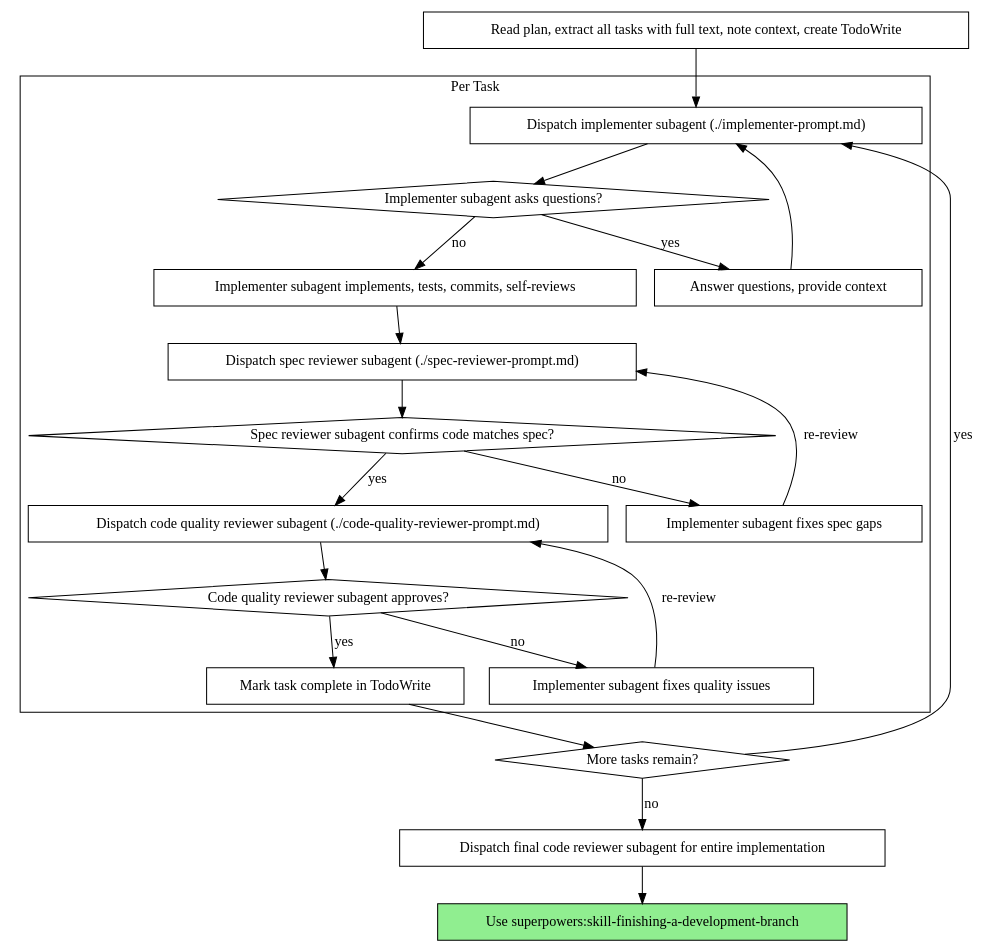
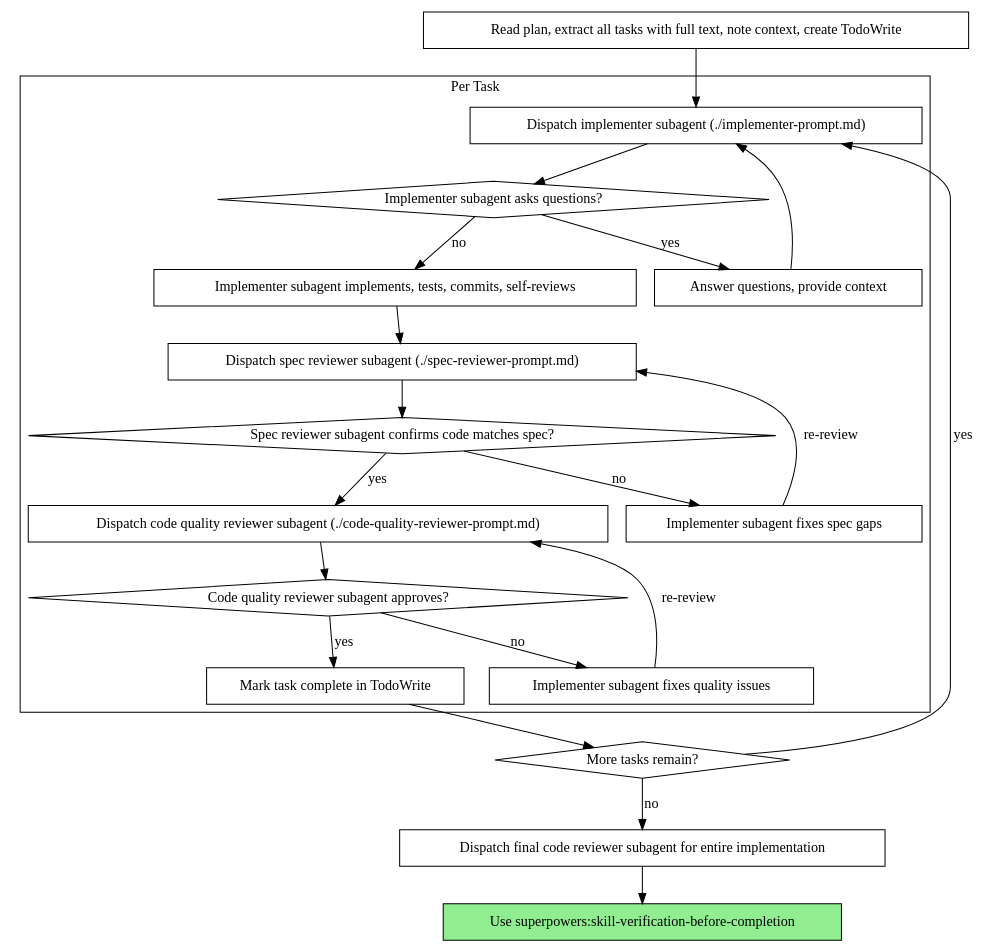
Before and after one commit to longdang193/project-OS-starter: the second of 2 diagrams in .agents/skills/skill-subagent-driven-development/SKILL.md, drawn with Graphviz. The commit also changed other lines of this file and 121 other files, not shown here.

Commit message:
Clean runtime skills and align starter architecture sync

````diff
--- a/.agents/skills/skill-subagent-driven-development/SKILL.md
+++ b/.agents/skills/skill-subagent-driven-development/SKILL.md
@@ -55,44 +55,44 @@
 ```dot
 digraph process {
     rankdir=TB;
 
     subgraph cluster_per_task {
         label="Per Task";
         "Dispatch implementer subagent (./implementer-prompt.md)" [shape=box];
         "Implementer subagent asks questions?" [shape=diamond];
         "Answer questions, provide context" [shape=box];
         "Implementer subagent implements, tests, commits, self-reviews" [shape=box];
         "Dispatch spec reviewer subagent (./spec-reviewer-prompt.md)" [shape=box];
         "Spec reviewer subagent confirms code matches spec?" [shape=diamond];
         "Implementer subagent fixes spec gaps" [shape=box];
         "Dispatch code quality reviewer subagent (./code-quality-reviewer-prompt.md)" [shape=box];
         "Code quality reviewer subagent approves?" [shape=diamond];
         "Implementer subagent fixes quality issues" [shape=box];
         "Mark task complete in TodoWrite" [shape=box];
     }
 
     "Read plan, extract all tasks with full text, note context, create TodoWrite" [shape=box];
     "More tasks remain?" [shape=diamond];
     "Dispatch final code reviewer subagent for entire implementation" [shape=box];
-    "Use superpowers:skill-finishing-a-development-branch" [shape=box style=filled fillcolor=lightgreen];
+    "Use superpowers:skill-verification-before-completion" [shape=box style=filled fillcolor=lightgreen];
 
     "Read plan, extract all tasks with full text, note context, create TodoWrite" -> "Dispatch implementer subagent (./implementer-prompt.md)";
     "Dispatch implementer subagent (./implementer-prompt.md)" -> "Implementer subagent asks questions?";
     "Implementer subagent asks questions?" -> "Answer questions, provide context" [label="yes"];
     "Answer questions, provide context" -> "Dispatch implementer subagent (./implementer-prompt.md)";
     "Implementer subagent asks questions?" -> "Implementer subagent implements, tests, commits, self-reviews" [label="no"];
     "Implementer subagent implements, tests, commits, self-reviews" -> "Dispatch spec reviewer subagent (./spec-reviewer-prompt.md)";
     "Dispatch spec reviewer subagent (./spec-reviewer-prompt.md)" -> "Spec reviewer subagent confirms code matches spec?";
     "Spec reviewer subagent confirms code matches spec?" -> "Implementer subagent fixes spec gaps" [label="no"];
     "Implementer subagent fixes spec gaps" -> "Dispatch spec reviewer subagent (./spec-reviewer-prompt.md)" [label="re-review"];
     "Spec reviewer subagent confirms code matches spec?" -> "Dispatch code quality reviewer subagent (./code-quality-reviewer-prompt.md)" [label="yes"];
     "Dispatch code quality reviewer subagent (./code-quality-reviewer-prompt.md)" -> "Code quality reviewer subagent approves?";
     "Code quality reviewer subagent approves?" -> "Implementer subagent fixes quality issues" [label="no"];
     "Implementer subagent fixes quality issues" -> "Dispatch code quality reviewer subagent (./code-quality-reviewer-prompt.md)" [label="re-review"];
     "Code quality reviewer subagent approves?" -> "Mark task complete in TodoWrite" [label="yes"];
     "Mark task complete in TodoWrite" -> "More tasks remain?";
     "More tasks remain?" -> "Dispatch implementer subagent (./implementer-prompt.md)" [label="yes"];
     "More tasks remain?" -> "Dispatch final code reviewer subagent for entire implementation" [label="no"];
-    "Dispatch final code reviewer subagent for entire implementation" -> "Use superpowers:skill-finishing-a-development-branch";
+    "Dispatch final code reviewer subagent for entire implementation" -> "Use superpowers:skill-verification-before-completion";
 }
 ```
````
